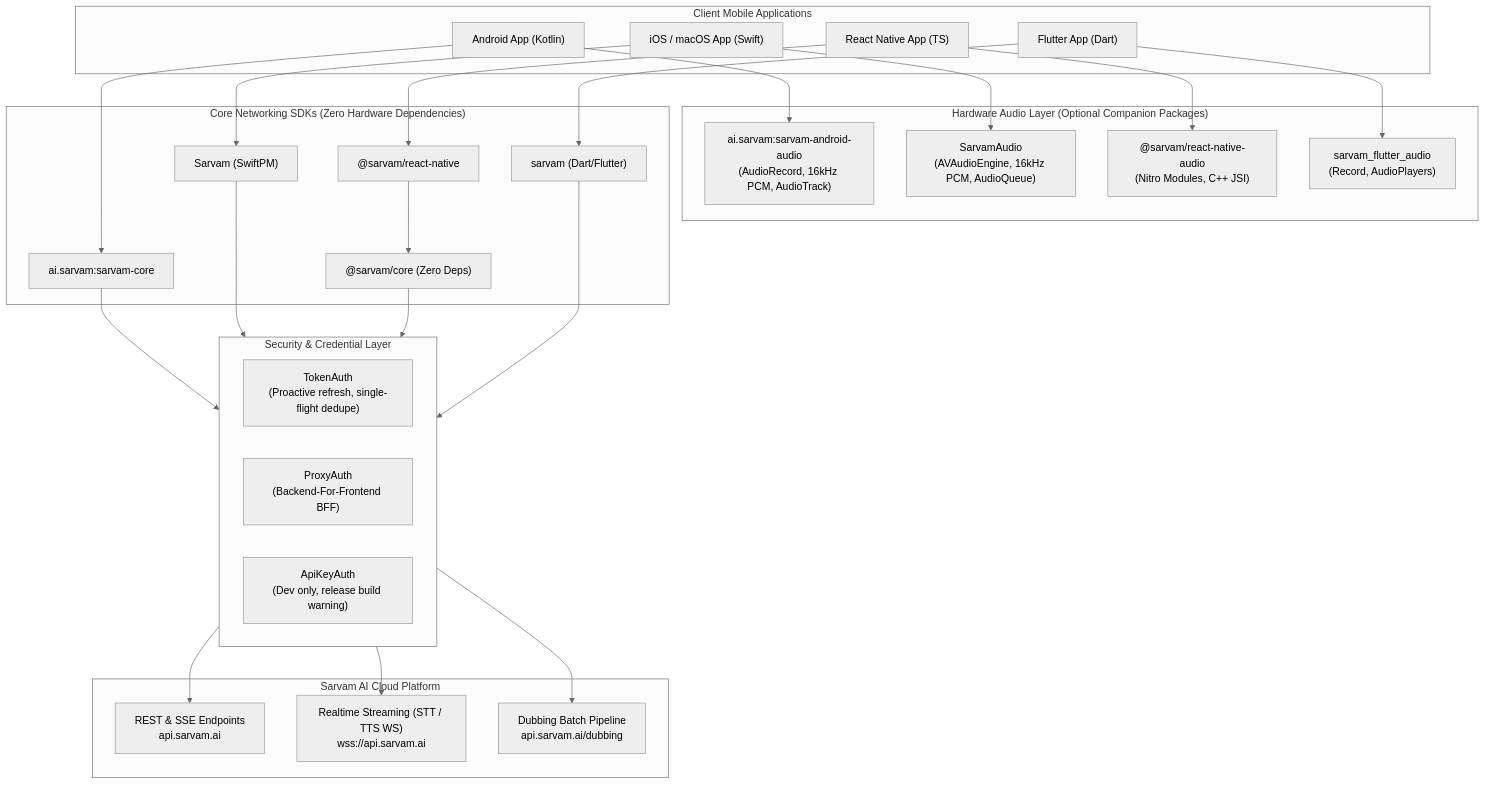
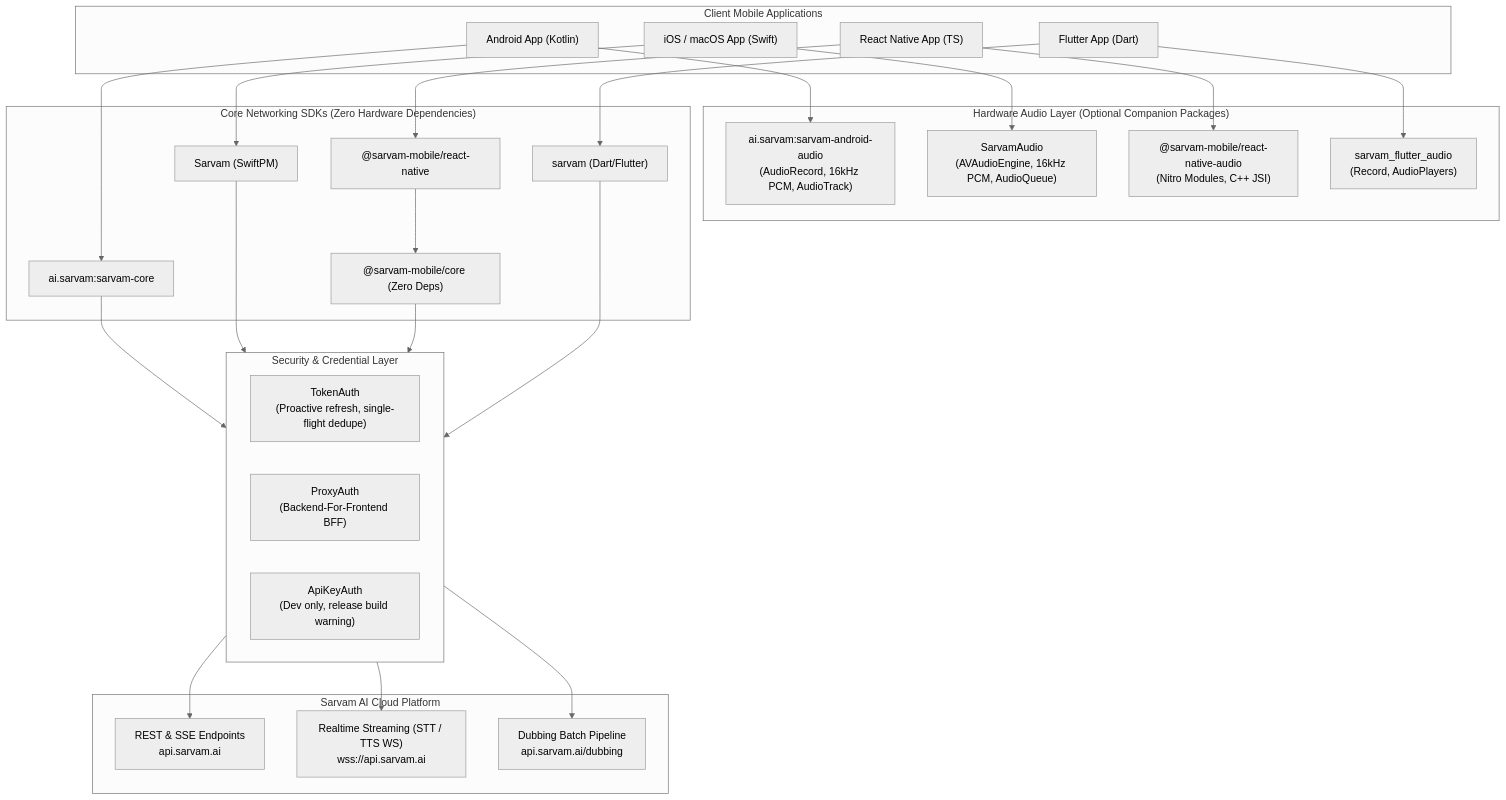
Before and after one commit to ibhanu/sarvam-mobile: the diagram in README.md, drawn with Mermaid (neutral theme). The commit also changed other lines of this file and 17 other files, not shown here.

Commit message:
feat(npm): publish @sarvam-mobile/core and @sarvam-mobile/react-native to npm registry

````diff
--- a/README.md
+++ b/README.md
@@ -24,55 +24,55 @@
 ```mermaid
 flowchart TD
     subgraph ClientApplications["Client Mobile Applications"]
         AppKotlin["Android App (Kotlin)"]
         AppSwift["iOS / macOS App (Swift)"]
         AppRN["React Native App (TS)"]
         AppFlutter["Flutter App (Dart)"]
     end
 
     subgraph CompanionAudio["Hardware Audio Layer (Optional Companion Packages)"]
         AudioKotlin["ai.sarvam:sarvam-android-audio<br/>(AudioRecord, 16kHz PCM, AudioTrack)"]
         AudioSwift["SarvamAudio<br/>(AVAudioEngine, 16kHz PCM, AudioQueue)"]
-        AudioRN["@sarvam/react-native-audio<br/>(Nitro Modules, C++ JSI)"]
+        AudioRN["@sarvam-mobile/react-native-audio<br/>(Nitro Modules, C++ JSI)"]
         AudioFlutter["sarvam_flutter_audio<br/>(Record, AudioPlayers)"]
     end
 
     subgraph CoreLayer["Core Networking SDKs (Zero Hardware Dependencies)"]
         CoreKotlin["ai.sarvam:sarvam-core"]
         CoreSwift["Sarvam (SwiftPM)"]
-        CoreRN["@sarvam/react-native"]
-        CoreTS["@sarvam/core (Zero Deps)"]
+        CoreRN["@sarvam-mobile/react-native"]
+        CoreTS["@sarvam-mobile/core (Zero Deps)"]
         CoreDart["sarvam (Dart/Flutter)"]
     end
 
     subgraph AuthSecurity["Security & Credential Layer"]
         TokenAuth["TokenAuth<br/>(Proactive refresh, single-flight dedupe)"]
         ProxyAuth["ProxyAuth<br/>(Backend-For-Frontend BFF)"]
         ApiKeyAuth["ApiKeyAuth<br/>(Dev only, release build warning)"]
     end
 
     subgraph SarvamBackend["Sarvam AI Cloud Platform"]
         ApiBase["REST & SSE Endpoints<br/>api.sarvam.ai"]
         WsBase["Realtime Streaming (STT / TTS WS)<br/>wss://api.sarvam.ai"]
         DubbingBase["Dubbing Batch Pipeline<br/>api.sarvam.ai/dubbing"]
     end
 
     AppKotlin --> AudioKotlin
     AppKotlin --> CoreKotlin
     AppSwift --> AudioSwift
     AppSwift --> CoreSwift
     AppRN --> AudioRN
     AppRN --> CoreRN
     AppFlutter --> AudioFlutter
     AppFlutter --> CoreDart
 
     CoreRN --> CoreTS
     CoreKotlin --> AuthSecurity
     CoreSwift --> AuthSecurity
     CoreTS --> AuthSecurity
     CoreDart --> AuthSecurity
 
     AuthSecurity --> ApiBase
     AuthSecurity --> WsBase
     AuthSecurity --> DubbingBase
 ```
````
